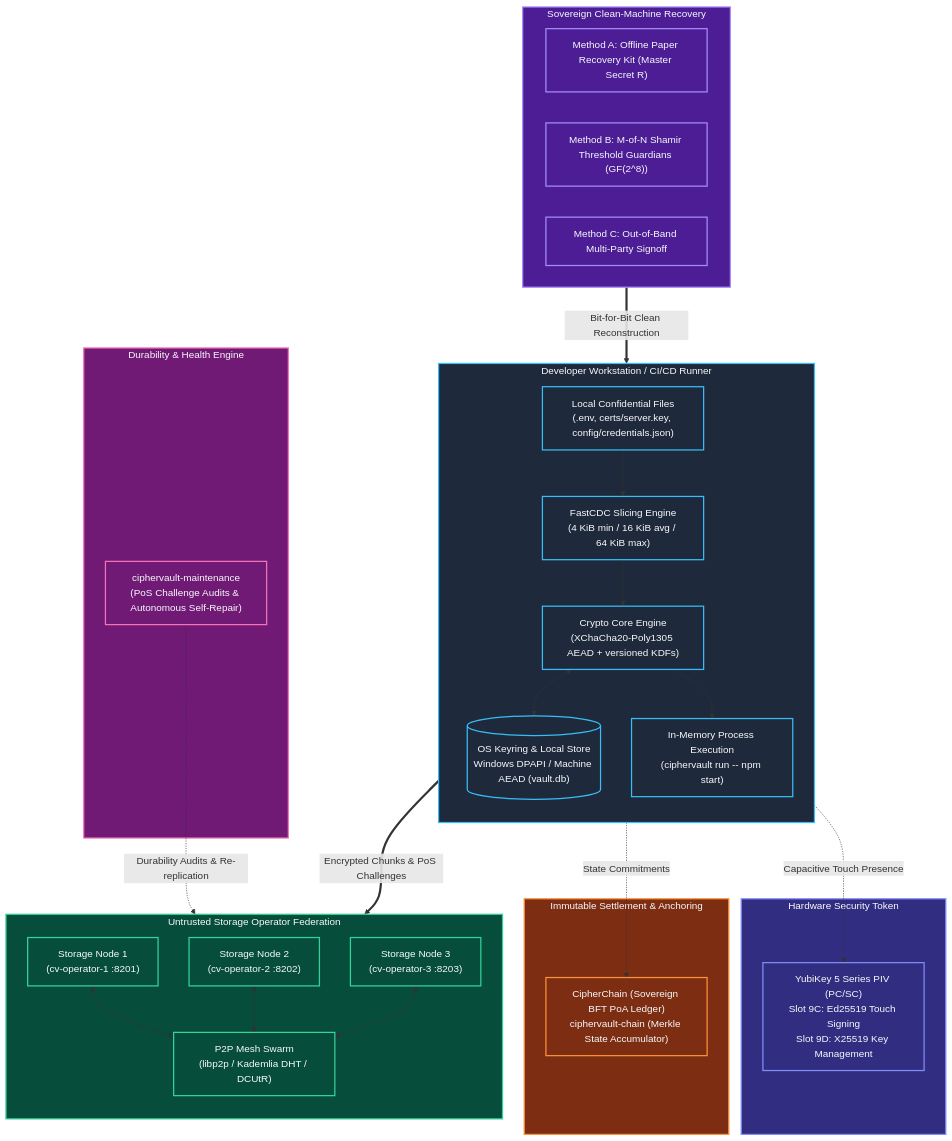
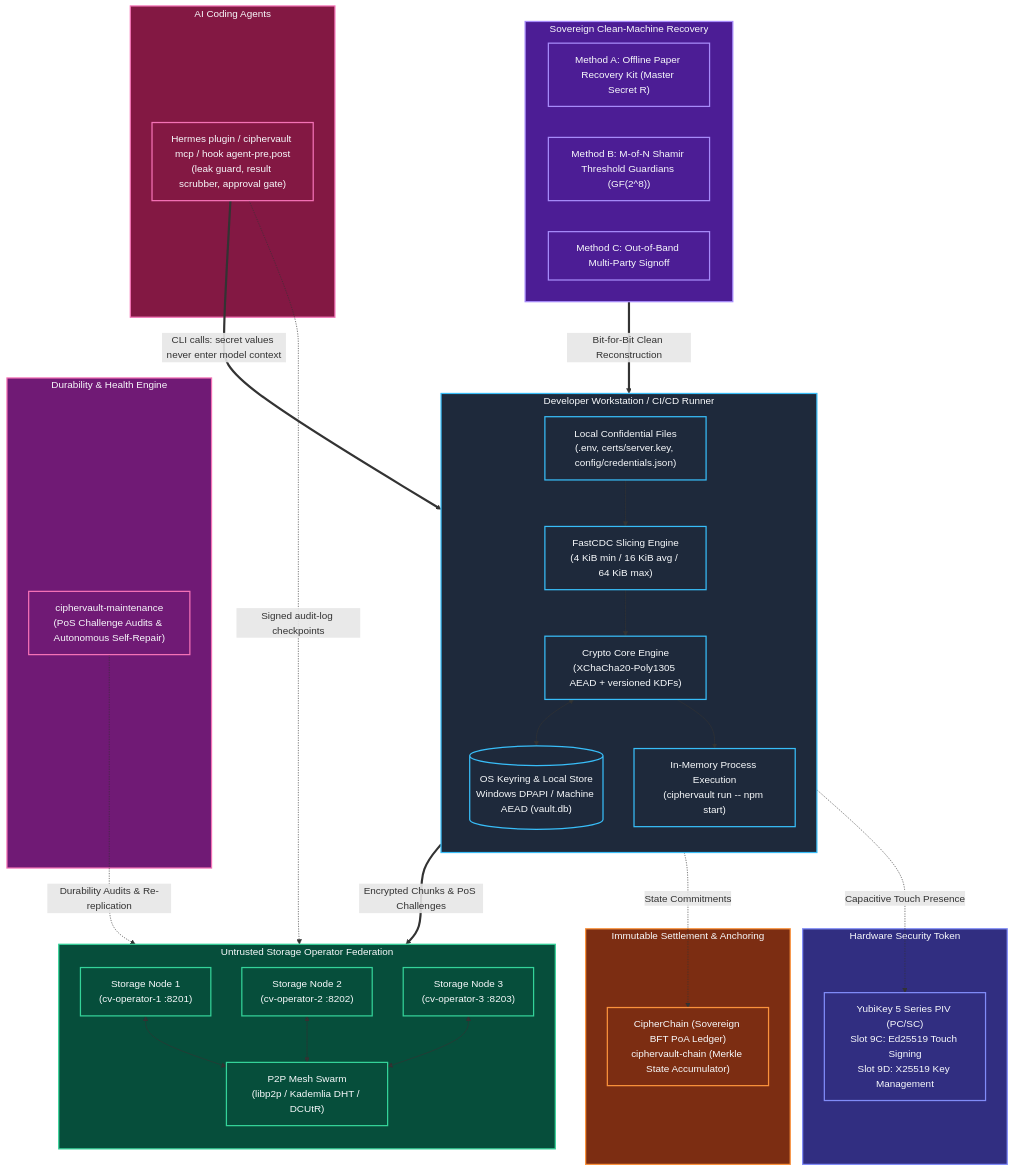
The first of 2 diagrams in README.md (samuel-1-avson/CipherVault), drawn with Mermaid before and after one commit. The commit also changed other lines of this file and 25 other files, not shown here.

````diff
--- a/README.md
+++ b/README.md
@@ -79,65 +81,73 @@
 ```mermaid
 flowchart TB
     subgraph Workstation ["Developer Workstation / CI/CD Runner"]
         direction TB
         Files["Local Confidential Files\n(.env, certs/server.key, config/credentials.json)"]
         FastCDC["FastCDC Slicing Engine\n(4 KiB min / 16 KiB avg / 64 KiB max)"]
         Crypto["Crypto Core Engine\n(XChaCha20-Poly1305 AEAD + versioned KDFs)"]
         Keyring[("OS Keyring & Local Store\nWindows DPAPI / Machine AEAD (vault.db)")]
         ZeroDisk["In-Memory Process Execution\n(ciphervault run -- npm start)"]
         
         Files --> FastCDC --> Crypto
         Crypto <--> Keyring
         Crypto --> ZeroDisk
     end
 
     subgraph Hardware ["Hardware Security Token"]
         YubiKey["YubiKey 5 Series PIV (PC/SC)\nSlot 9C: Ed25519 Touch Signing\nSlot 9D: X25519 Key Management"]
     end
 
     subgraph Operators ["Untrusted Storage Operator Federation"]
         direction TB
         OP1["Storage Node 1\n(cv-operator-1 :8201)"]
         OP2["Storage Node 2\n(cv-operator-2 :8202)"]
         OP3["Storage Node 3\n(cv-operator-3 :8203)"]
         P2P["P2P Mesh Swarm\n(libp2p / Kademlia DHT / DCUtR)"]
         
         OP1 <--> P2P
         OP2 <--> P2P
         OP3 <--> P2P
     end
 
     subgraph Maintenance ["Durability & Health Engine"]
         MaintDaemon["ciphervault-maintenance\n(PoS Challenge Audits & Autonomous Self-Repair)"]
     end
 
     subgraph Settlement ["Immutable Settlement & Anchoring"]
         CipherChain["CipherChain (Sovereign BFT PoA Ledger)\nciphervault-chain (Merkle State Accumulator)"]
     end
 
     subgraph Recovery ["Sovereign Clean-Machine Recovery"]
         PaperKit["Method A: Offline Paper Recovery Kit (Master Secret R)"]
         Shamir["Method B: M-of-N Shamir Threshold Guardians (GF(2^8))"]
         Approval["Method C: Out-of-Band Multi-Party Signoff"]
     end
 
+    subgraph Agents ["AI Coding Agents"]
+        AgentGuard["Hermes plugin / ciphervault mcp / hook agent-pre,post\n(leak guard, result scrubber, approval gate)"]
+    end
+
     Crypto -.->|Capacitive Touch Presence| YubiKey
+    AgentGuard ==>|"CLI calls: secret values never enter model context"| Crypto
+    AgentGuard -.->|"Signed audit-log checkpoints"| Operators
     Crypto ==>|Encrypted Chunks & PoS Challenges| Operators
     MaintDaemon -.->|Durability Audits & Re-replication| Operators
     Crypto -.->|State Commitments| CipherChain
     Recovery ==>|Bit-for-Bit Clean Reconstruction| Workstation
 
     classDef client fill:#1e293b,stroke:#38bdf8,stroke-width:2px,color:#f8fafc;
     classDef hsm fill:#312e81,stroke:#818cf8,stroke-width:2px,color:#f8fafc;
     classDef ops fill:#064e3b,stroke:#34d399,stroke-width:2px,color:#f8fafc;
     classDef maint fill:#701a75,stroke:#f472b6,stroke-width:2px,color:#f8fafc;
     classDef l2 fill:#7c2d12,stroke:#fb923c,stroke-width:2px,color:#f8fafc;
     classDef rec fill:#4c1d95,stroke:#a78bfa,stroke-width:2px,color:#f8fafc;
 
     class Workstation,Files,FastCDC,Crypto,Keyring,ZeroDisk client;
     class Hardware,YubiKey hsm;
     class Operators,OP1,OP2,OP3,P2P ops;
     class Maintenance,MaintDaemon maint;
     class Settlement,CipherChain l2;
     class Recovery,PaperKit,Shamir,Approval rec;
+    classDef agent fill:#831843,stroke:#f472b6,stroke-width:2px,color:#f8fafc;
+    class Agents,AgentGuard agent;
 ```
````
